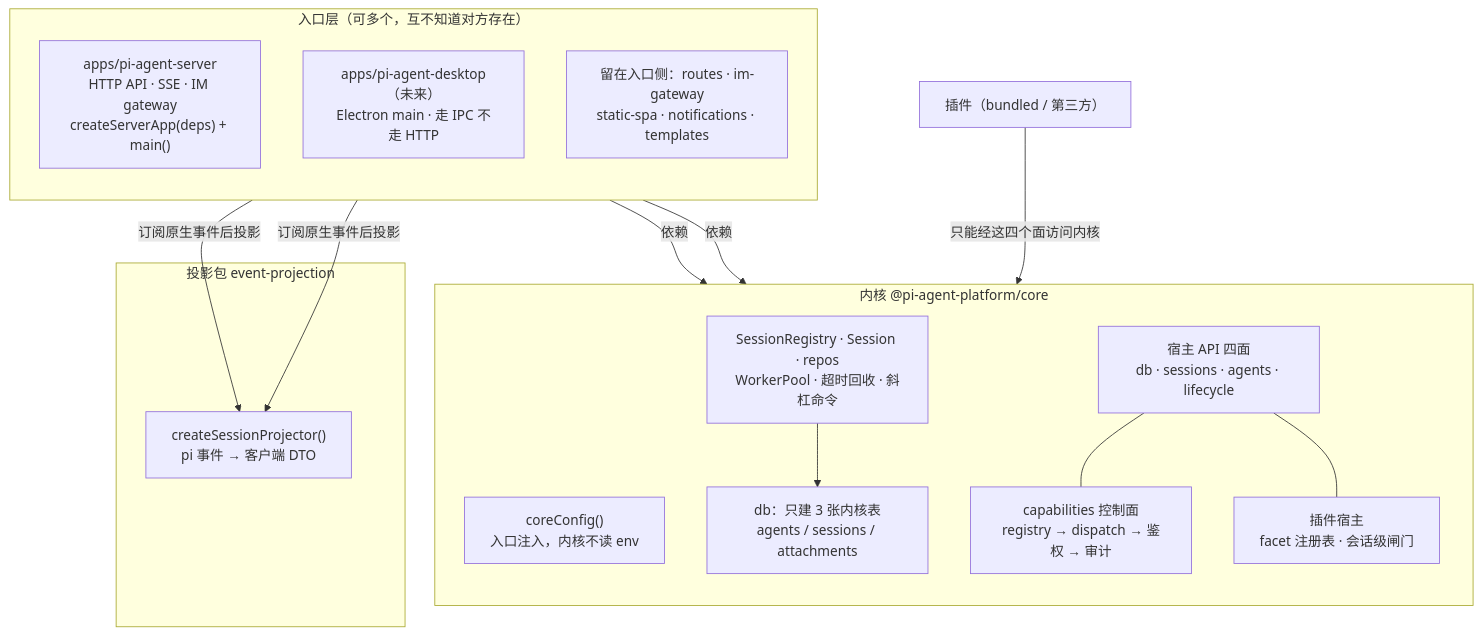
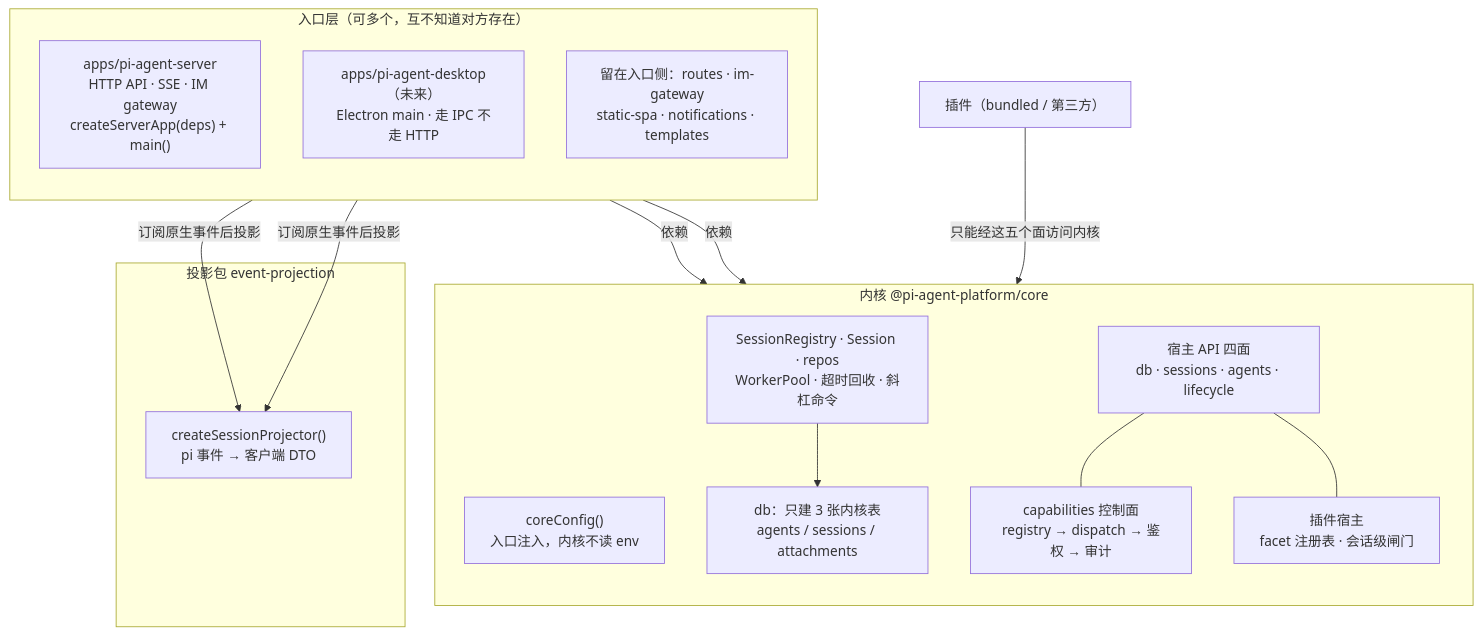
One commit to shinexsf/pi-agent-platform changed the diagram in doc/architecture/pi-agent-server_core-sdk.md. Above: the diagram before and after it, drawn with Mermaid. The commit also changed other lines of this file and 10 other files, not shown here.

````diff
--- a/doc/architecture/pi-agent-server_core-sdk.md
+++ b/doc/architecture/pi-agent-server_core-sdk.md
@@ -15,34 +15,34 @@
 ```mermaid
 flowchart TB
     subgraph Entries["入口层（可多个，互不知道对方存在）"]
         direction TB
         E1["apps/pi-agent-server<br/>HTTP API · SSE · IM gateway<br/>createServerApp(deps) + main()"]
         E2["apps/pi-agent-desktop（未来）<br/>Electron main · 走 IPC 不走 HTTP"]
         S1["留在入口侧：routes · im-gateway<br/>static-spa · notifications · templates"]
     end
 
     subgraph CoreBox["内核 @pi-agent-platform/core"]
         direction TB
         K5["coreConfig()<br/>入口注入，内核不读 env"]
         K2["SessionRegistry · Session · repos<br/>WorkerPool · 超时回收 · 斜杠命令"]
         K1["db：只建 3 张内核表<br/>agents / sessions / attachments"]
         K6["宿主 API 四面<br/>db · sessions · agents · lifecycle"]
         K3["capabilities 控制面<br/>registry → dispatch → 鉴权 → 审计"]
         K4["插件宿主<br/>facet 注册表 · 会话级闸门"]
     end
 
     subgraph ProjBox["投影包 event-projection"]
         P1["createSessionProjector()<br/>pi 事件 → 客户端 DTO"]
     end
 
     PLG["插件（bundled / 第三方）"]
 
     E1 -->|"依赖"| K2
     E2 -->|"依赖"| K2
     E1 -->|"订阅原生事件后投影"| P1
     E2 -->|"订阅原生事件后投影"| P1
     K2 --> K1
     K6 --- K3
     K6 --- K4
-    PLG -->|"只能经这四个面访问内核"| K6
+    PLG -->|"只能经这五个面访问内核"| K6
 ```
````
